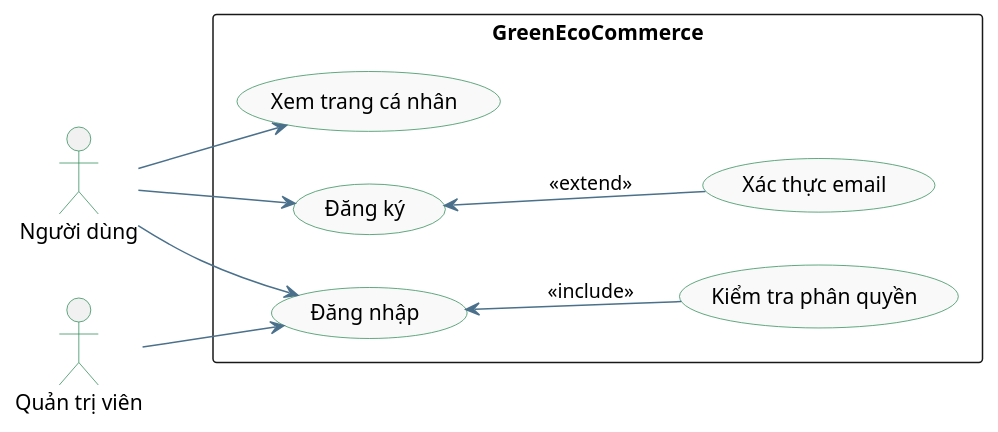
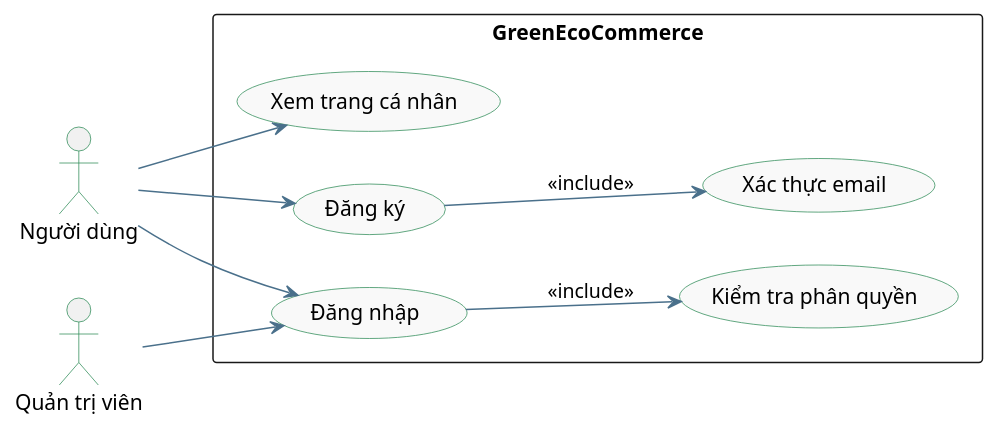
The diagram in docs/diagrams/usecase/usecase_account.puml (lhnhidev/green-eco-commerce), drawn with PlantUML before and after one commit. The commit also changed 2 other files, not shown here.

Commit message:
feat: add use case diagrams for cart order and product category functionalities (#6)

```diff
--- a/docs/diagrams/usecase/usecase_account.puml
+++ b/docs/diagrams/usecase/usecase_account.puml
@@ -1,31 +1,31 @@
-@startuml GreenEcoCommerce_UseCase_Detail_v1.0.0
+@startuml GreenEcoCommerce_UseCase_Account_v1.0.0
 left to right direction
 
 ' Cấu hình giao diện
 skinparam packageStyle rectangle
 skinparam UseCaseBackgroundColor #F9F9F9
 skinparam UseCaseBorderColor #2E8B57
 skinparam ActorBorderColor #2E8B57
 skinparam ArrowColor #4A708B
 
 actor "Người dùng" as User
 actor "Quản trị viên" as Admin
 
 rectangle "GreenEcoCommerce" {
-    usecase "Đăng ký" as UC_Reg
-    usecase "Đăng nhập" as UC_Login
-    usecase "Xem trang cá nhân" as UC_ViewResume
-    usecase "Kiểm tra phân quyền" as UC_InspectAuthen
-    usecase "Xác thực email" as UC_IdefityEmail
+  usecase "Đăng ký" as UC_Reg
+  usecase "Đăng nhập" as UC_Login
+  usecase "Xem trang cá nhân" as UC_ViewResume
+  usecase "Kiểm tra phân quyền" as UC_InspectAuthen
+  usecase "Xác thực email" as UC_IdefityEmail
 }
 
 User --> UC_Reg
 User --> UC_Login
 User --> UC_ViewResume
 
-UC_Login <-- UC_InspectAuthen : <<include>>
-UC_Reg <-- UC_IdefityEmail : <<extend>>
+UC_Login --> UC_InspectAuthen : <<include>>
+UC_Reg --> UC_IdefityEmail : <<include>>
 
 Admin --> UC_Login
 
 @enduml
```
